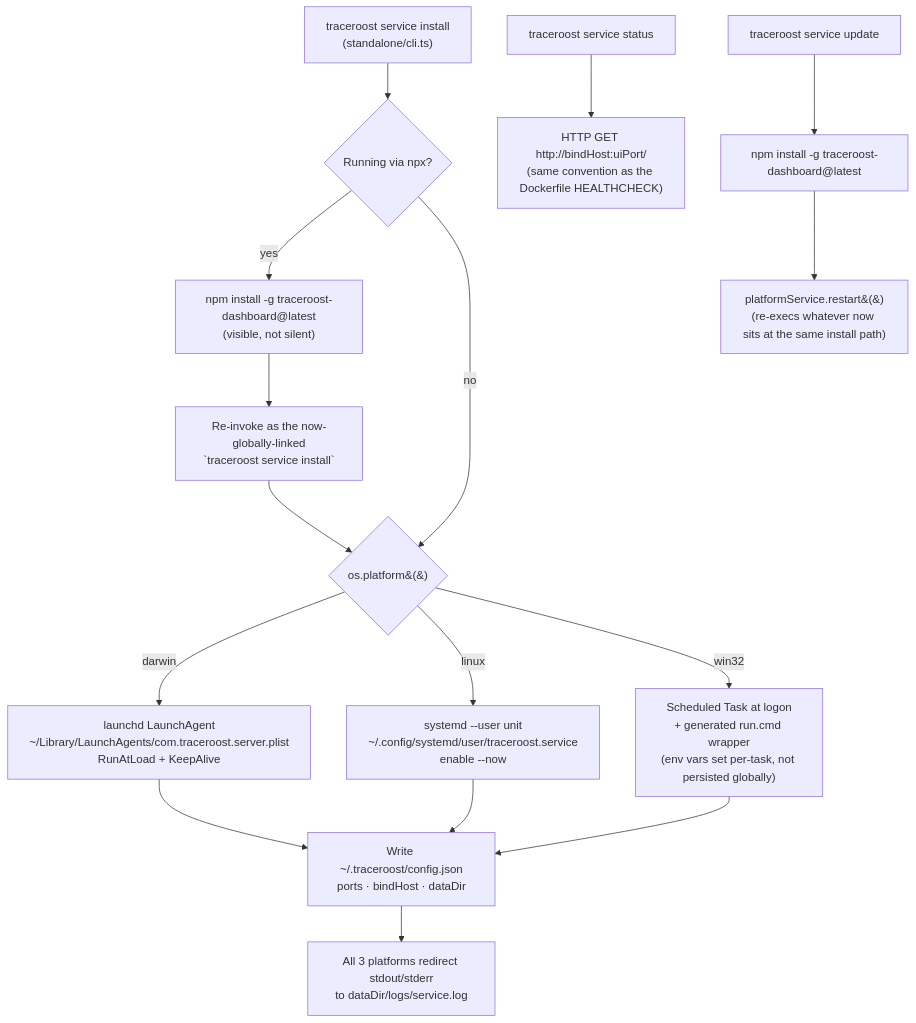
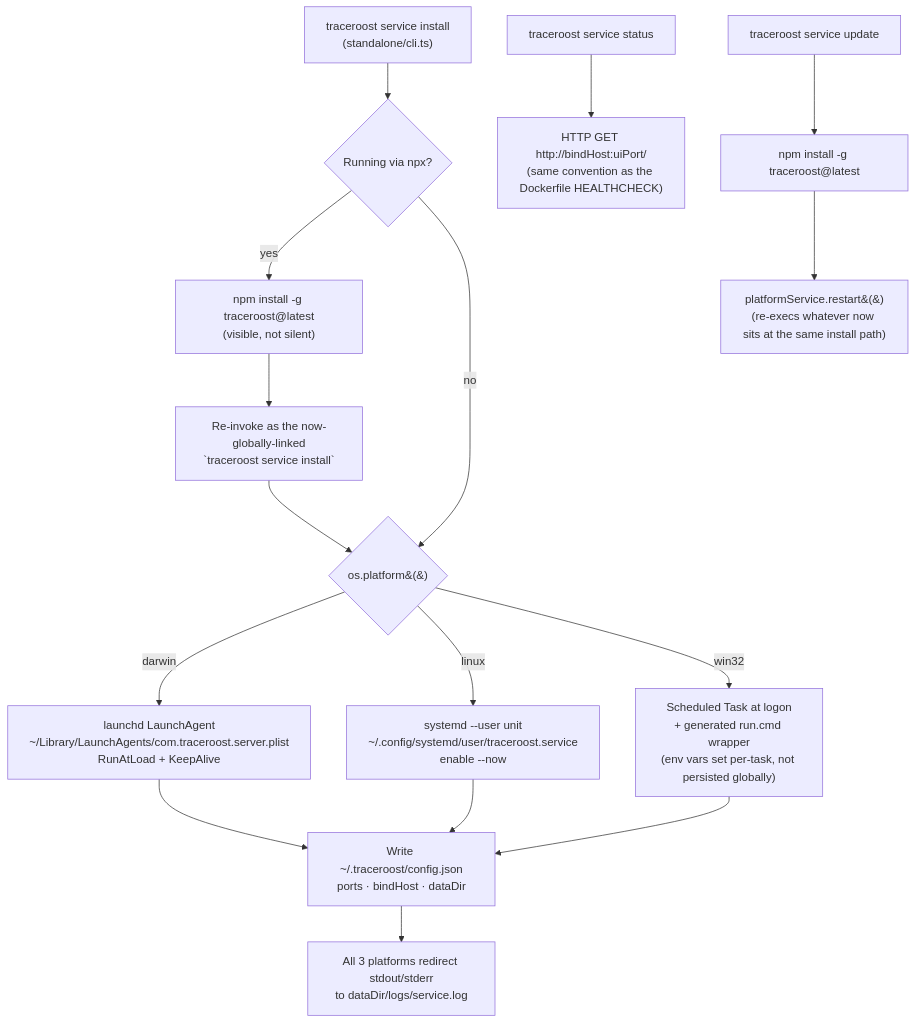
Diagram 18 of 20 in ARCHITECTURE.md (traceroost/core), drawn with Mermaid before and after one commit. The commit also changed other lines of this file and 11 other files, not shown here.

First line of the commit message:
rebrand: npm package `traceroost`, dual-publish the extension

````diff
--- a/ARCHITECTURE.md
+++ b/ARCHITECTURE.md
@@ -944,22 +944,22 @@
 ```mermaid
 flowchart TD
     CLI["traceroost service install<br/>(standalone/cli.ts)"] --> NPX{Running via npx?}
 
-    NPX -- yes --> BOOT["npm install -g traceroost-dashboard@latest<br/>(visible, not silent)"]
+    NPX -- yes --> BOOT["npm install -g traceroost@latest<br/>(visible, not silent)"]
     BOOT --> REEXEC[Re-invoke as the now-globally-linked<br/>`traceroost service install`]
     REEXEC --> DISPATCH
 
     NPX -- no --> DISPATCH{os.platform&#40;&#41;}
 
     DISPATCH -- darwin --> MAC["launchd LaunchAgent<br/>~/Library/LaunchAgents/com.traceroost.server.plist<br/>RunAtLoad + KeepAlive"]
     DISPATCH -- linux --> LIN["systemd --user unit<br/>~/.config/systemd/user/traceroost.service<br/>enable --now"]
     DISPATCH -- win32 --> WIN["Scheduled Task at logon<br/>+ generated run.cmd wrapper<br/>(env vars set per-task, not persisted globally)"]
 
     MAC & LIN & WIN --> CFG[Write ~/.traceroost/config.json<br/>ports · bindHost · dataDir]
     CFG --> LOG[All 3 platforms redirect stdout/stderr<br/>to dataDir/logs/service.log]
 
     STATUS["traceroost service status"] --> PROBE["HTTP GET http://bindHost:uiPort/<br/>(same convention as the Dockerfile HEALTHCHECK)"]
 
-    UPDATE["traceroost service update"] --> NPMLATEST["npm install -g traceroost-dashboard@latest"]
+    UPDATE["traceroost service update"] --> NPMLATEST["npm install -g traceroost@latest"]
     NPMLATEST --> RESTART["platformService.restart&#40;&#41;<br/>(re-execs whatever now sits at the same install path)"]
 ```
````
